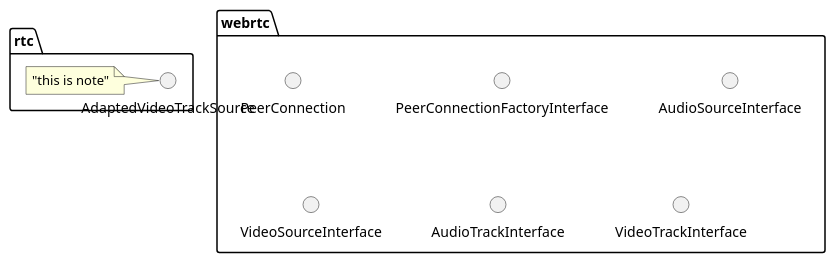
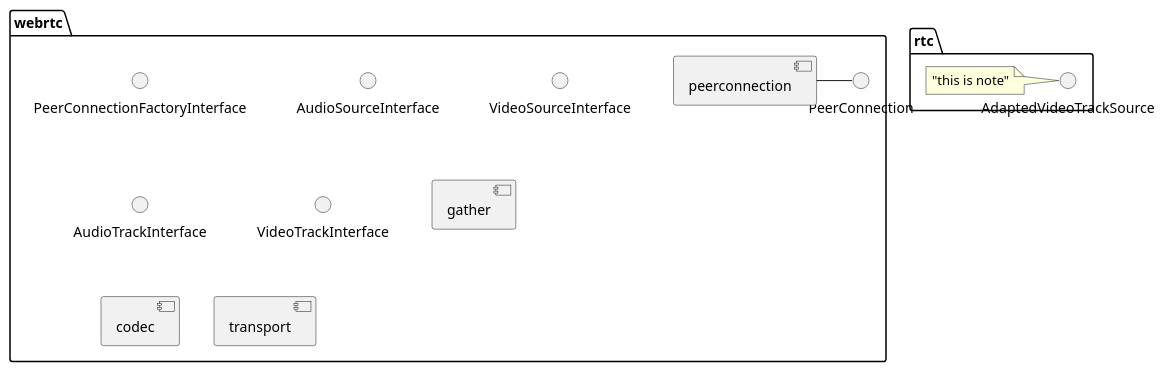
The diagram in webrtc_chrome/component.md (mingxin505/webrtcNote), drawn with PlantUML before and after one commit. The commit also changed other lines of this file and 4 other files, not shown here.

````diff
--- a/webrtc_chrome/component.md
+++ b/webrtc_chrome/component.md
@@ -2,16 +3,22 @@
 ```plantuml
 @startuml
 package webrtc {
     () PeerConnection
     () PeerConnectionFactoryInterface
     () AudioSourceInterface
     () VideoSourceInterface
     () AudioTrackInterface
     () VideoTrackInterface
+
+    [gather]
+    [codec]
+    [transport]
+    [peerconnection] - PeerConnection
 }
 package rtc {
     () AdaptedVideoTrackSource 
     note left: "this is note"
 }
+
 @enduml
 ```
````
